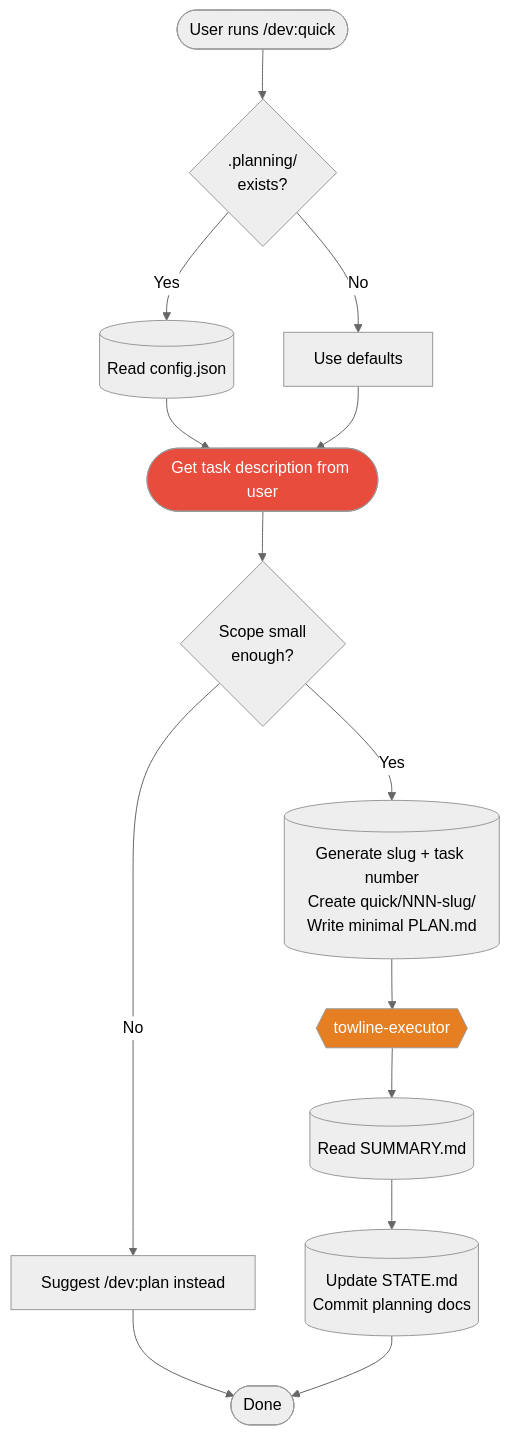
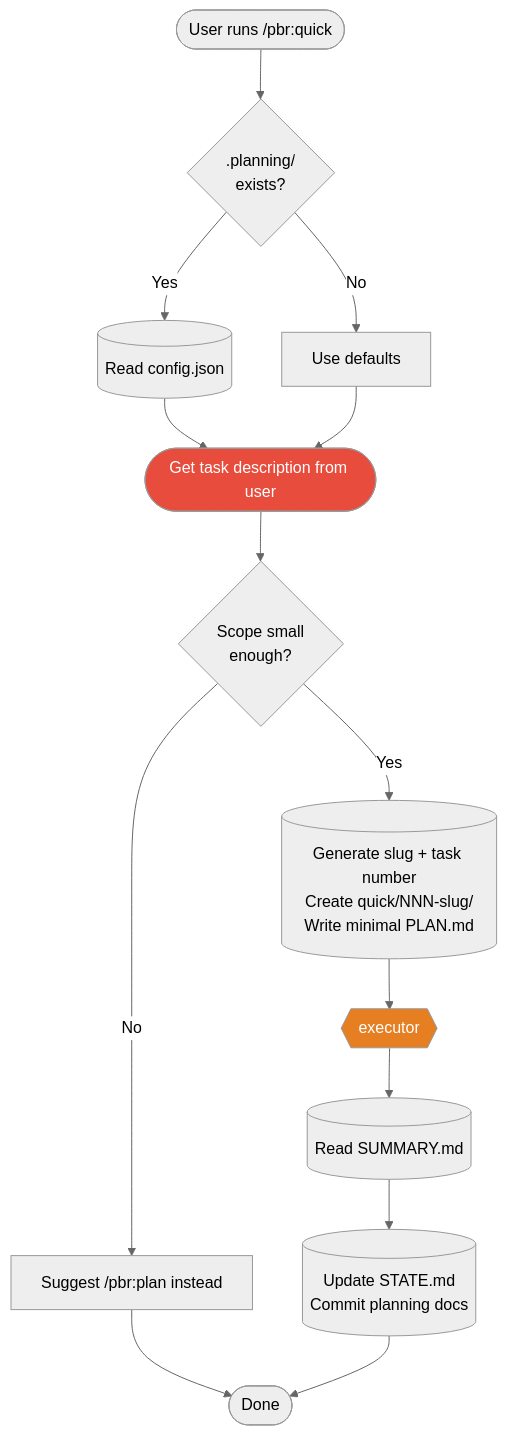
The ninth of 14 diagrams in docs/ARCHITECTURE.md (SienkLogic/plan-build-run), drawn with Mermaid (neutral theme) before and after one commit. The commit also changed other lines of this file and 358 other files, not shown here.

First line of the commit message:
feat(tools): rebrand towline to plan-build-run

````diff
--- a/docs/ARCHITECTURE.md
+++ b/docs/ARCHITECTURE.md
@@ -436,28 +436,28 @@
 ```mermaid
 flowchart TD
-    Start([User runs /dev:quick]) --> CheckProject{.planning/<br/>exists?}
+    Start([User runs /pbr:quick]) --> CheckProject{.planning/<br/>exists?}
 
     CheckProject -->|Yes| LoadConfig[(Read config.json)]
     CheckProject -->|No| Defaults[Use defaults]
 
     LoadConfig --> GetTask
     Defaults --> GetTask
 
     GetTask([Get task description from user]) --> ValidateScope{Scope small<br/>enough?}
 
-    ValidateScope -->|No| SuggestPlan[Suggest /dev:plan instead]
+    ValidateScope -->|No| SuggestPlan[Suggest /pbr:plan instead]
     SuggestPlan --> Done([End])
 
     ValidateScope -->|Yes| CreateDir[("Generate slug + task number<br/>Create quick/NNN-slug/<br/>Write minimal PLAN.md")]
 
-    CreateDir --> Executor{{towline-executor}}
+    CreateDir --> Executor{{executor}}
 
     Executor --> ReadResult[(Read SUMMARY.md)]
 
     ReadResult --> UpdateState[("Update STATE.md<br/>Commit planning docs")]
 
     UpdateState --> Done([Done])
 
     style Executor fill:#e67e22,color:#fff
     style GetTask fill:#e74c3c,color:#fff
 ```
````
